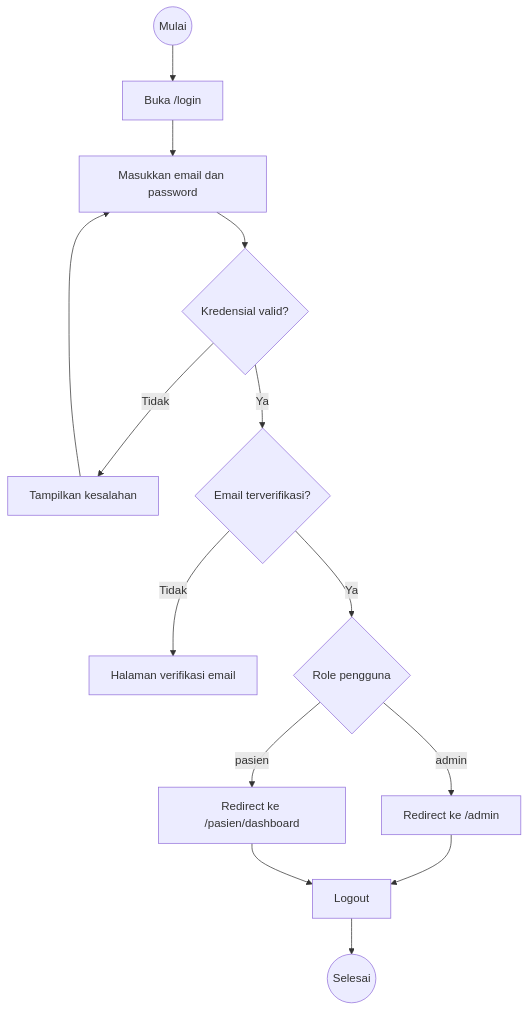
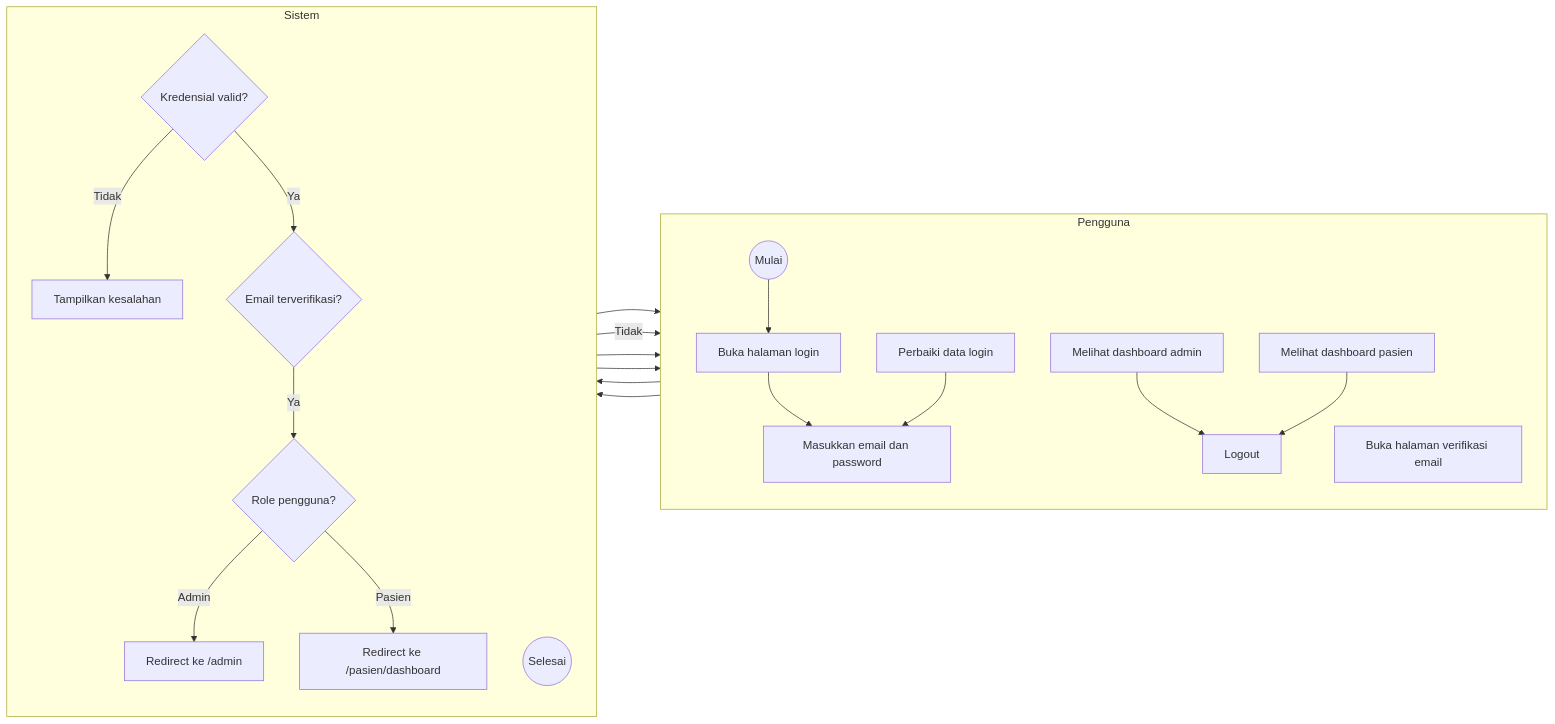
One commit to Faathir81/Sistem-Informasi-Klinik changed the first of 7 diagrams in dokumentasi/spesifikasi-proyek/activity-diagrams.md. Above: the diagram before and after it, drawn with Mermaid. The commit also changed other lines of this file, not shown here.

Commit message:
docs: align project specifications and add swimlane activity diagrams

````diff
--- a/dokumentasi/spesifikasi-proyek/activity-diagrams.md
+++ b/dokumentasi/spesifikasi-proyek/activity-diagrams.md
@@ -7,15 +7,35 @@
 ```mermaid
-flowchart TD
-    start((Mulai)) --> open[Buka /login]
-    open --> submit[Masukkan email dan password]
-    submit --> valid{Kredensial valid?}
-    valid -- Tidak --> error[Tampilkan kesalahan] --> submit
-    valid -- Ya --> verify{Email terverifikasi?}
-    verify -- Tidak --> notice[Halaman verifikasi email]
-    verify -- Ya --> role{Role pengguna}
-    role -- admin --> admin[Redirect ke /admin]
-    role -- pasien --> pasien[Redirect ke /pasien/dashboard]
-    admin --> logout[Logout]
-    pasien --> logout
-    logout --> finish((Selesai))
+flowchart LR
+    subgraph penggunaLane["Pengguna"]
+        direction TB
+        start((Mulai))
+        open[Buka halaman login]
+        submit[Masukkan email dan password]
+        retry[Perbaiki data login]
+        notice[Buka halaman verifikasi email]
+        adminView[Melihat dashboard admin]
+        pasienView[Melihat dashboard pasien]
+        logout[Logout]
+    end
+
+    subgraph sistemLane["Sistem"]
+        direction TB
+        valid{Kredensial valid?}
+        error[Tampilkan kesalahan]
+        verify{Email terverifikasi?}
+        role{Role pengguna?}
+        admin[Redirect ke /admin]
+        pasien[Redirect ke /pasien/dashboard]
+        finish((Selesai))
+    end
+
+    start --> open --> submit --> valid
+    valid -- Tidak --> error --> retry --> submit
+    valid -- Ya --> verify
+    verify -- Tidak --> notice
+    verify -- Ya --> role
+    role -- Admin --> admin --> adminView
+    role -- Pasien --> pasien --> pasienView
+    adminView --> logout --> finish
+    pasienView --> logout
 ```
````
